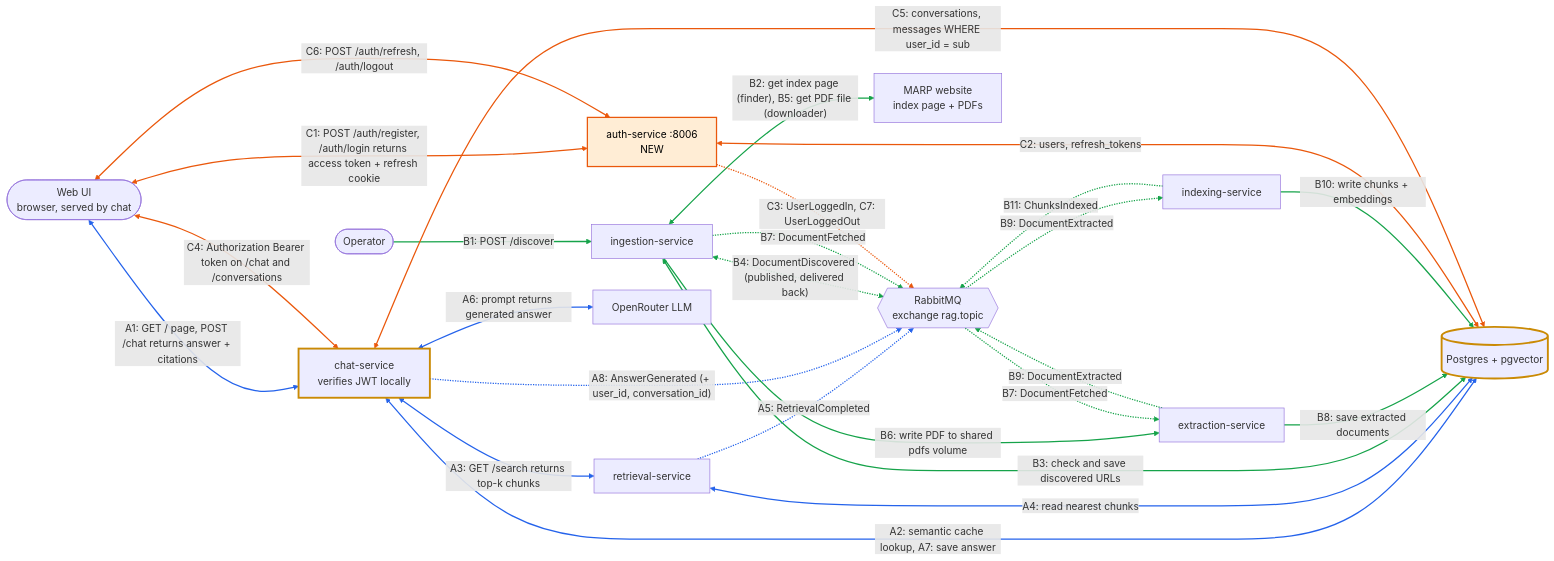
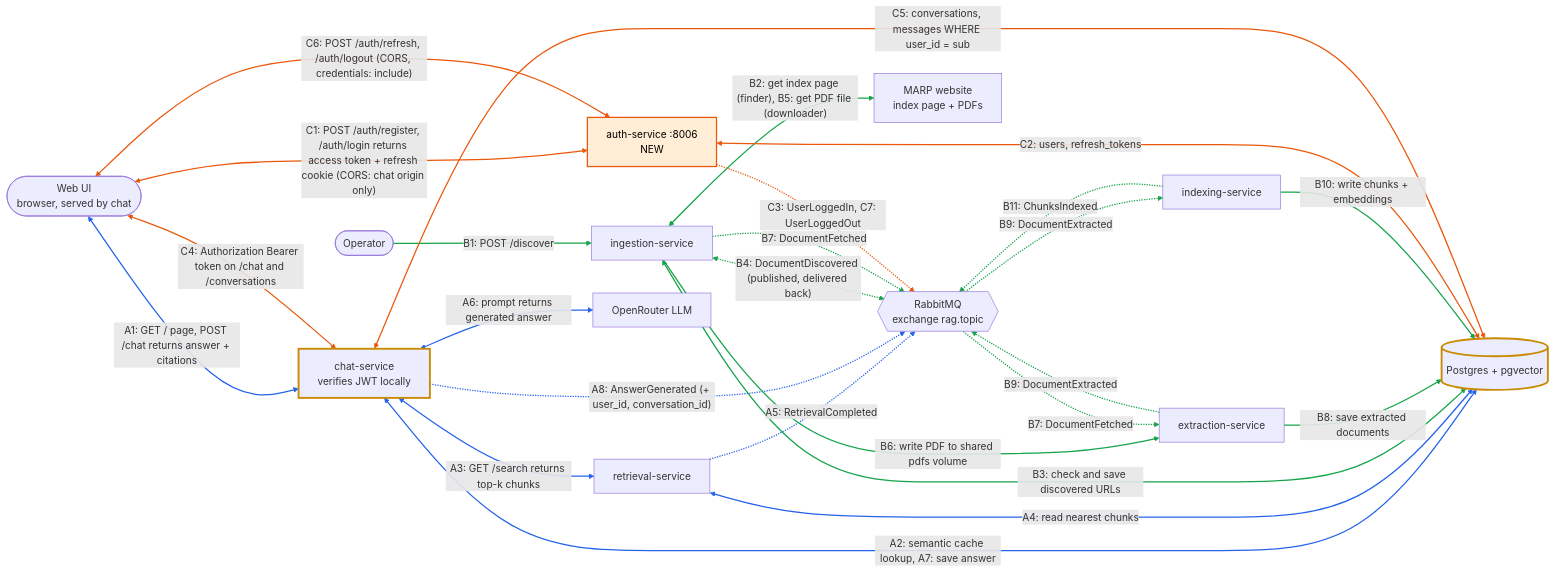
Before and after one commit to AmrTaoumi/RAG-Chatbot: the diagram in docs/design-tier1-auth-sessions.md, drawn with Mermaid. The commit also changed other lines of this file, not shown here.

Commit message:
docs(auth): settle CORS on auth over proxy

````diff
--- a/docs/design-tier1-auth-sessions.md
+++ b/docs/design-tier1-auth-sessions.md
@@ -36,55 +36,55 @@
 ```mermaid  
 flowchart LR
     OP([Operator])
     UI([Web UI<br/>browser, served by chat])
     CHAT[chat-service<br/>verifies JWT locally]
     AUTH[auth-service :8006<br/>NEW]
     RET[retrieval-service]
     ING[ingestion-service]
     EXT[extraction-service]
     IDX[indexing-service]
     MQ{{RabbitMQ<br/>exchange rag.topic}}
     DB[(Postgres + pgvector)]
     LLM[OpenRouter LLM]
     MARP[MARP website<br/>index page + PDFs]
 
     %% A: answering a question
     UI <-->|"A1: GET / page, POST /chat returns answer + citations"| CHAT
     CHAT <-->|"A2: semantic cache lookup, A7: save answer"| DB
     CHAT <-->|"A3: GET /search returns top-k chunks"| RET
     RET <-->|"A4: read nearest chunks"| DB
     RET -.->|"A5: RetrievalCompleted"| MQ
     CHAT <-->|"A6: prompt returns generated answer"| LLM
     CHAT -.->|"A8: AnswerGenerated (+ user_id, conversation_id)"| MQ
 
     %% B: loading documents
     OP -->|"B1: POST /discover"| ING
     ING <-->|"B2: get index page (finder), B5: get PDF file (downloader)"| MARP
     ING <-->|"B3: check and save discovered URLs"| DB
     ING <-.->|"B4: DocumentDiscovered (published, delivered back)"| MQ
     ING -->|"B6: write PDF to shared pdfs volume"| EXT
     ING -.->|"B7: DocumentFetched"| MQ
     MQ -.->|"B7: DocumentFetched"| EXT
     EXT -->|"B8: save extracted documents"| DB
     EXT -.->|"B9: DocumentExtracted"| MQ
     MQ -.->|"B9: DocumentExtracted"| IDX
     IDX -->|"B10: write chunks + embeddings"| DB
     IDX -.->|"B11: ChunksIndexed"| MQ
 
     %% C: Tier 1, authentication and sessions (new)
-    UI <-->|"C1: POST /auth/register, /auth/login returns access token + refresh cookie"| AUTH
+    UI <-->|"C1: POST /auth/register, /auth/login returns access token + refresh cookie (CORS: chat origin only)"| AUTH
     AUTH <-->|"C2: users, refresh_tokens"| DB
     AUTH -.->|"C3: UserLoggedIn, C7: UserLoggedOut"| MQ
     UI <-->|"C4: Authorization Bearer token on /chat and /conversations"| CHAT
     CHAT <-->|"C5: conversations, messages WHERE user_id = sub"| DB
-    UI <-->|"C6: POST /auth/refresh, /auth/logout"| AUTH
+    UI <-->|"C6: POST /auth/refresh, /auth/logout (CORS, credentials: include)"| AUTH
 
     linkStyle 0,1,2,3,4,5,6 stroke:#2563eb,stroke-width:2px
     linkStyle 7,8,9,10,11,12,13,14,15,16,17,18 stroke:#16a34a,stroke-width:2px
     linkStyle 19,20,21,22,23,24 stroke:#ea580c,stroke-width:2px
 
     classDef new fill:#ffedd5,stroke:#ea580c,stroke-width:2px,color:#000
     classDef changed stroke:#ca8a04,stroke-width:3px
     class AUTH new
     class CHAT,DB changed
 ``` 
````
